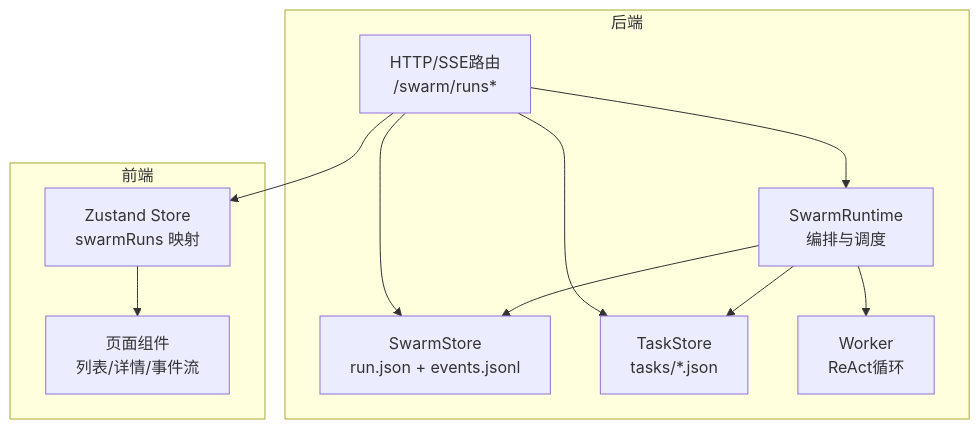
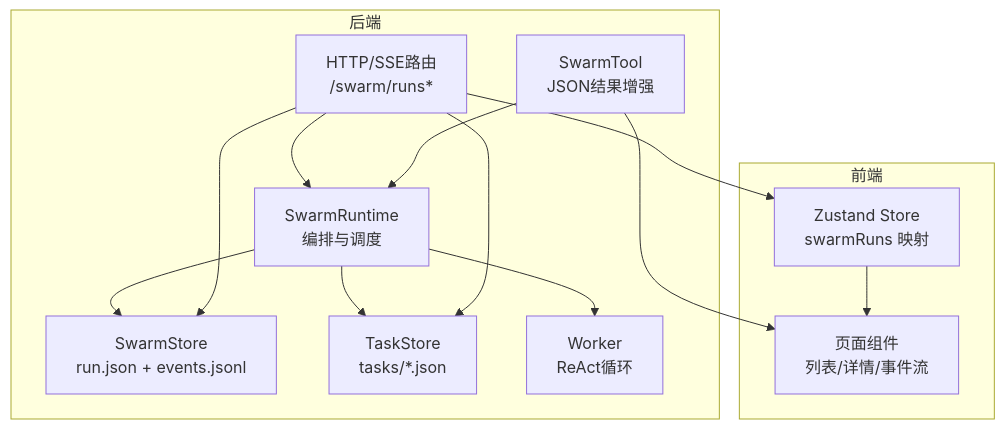
One commit to 20012002er/Vibe-Trading changed the first of 10 diagrams in .qoder/repowiki/zh/content/前端应用/页面功能/研究页面（Agent）/状态管理/Swarm运行状态管理.md. Above: the diagram before and after it, drawn with Mermaid. The commit also changed other lines of this file and 7 other files, not shown here.

````diff
--- a/.qoder/repowiki/zh/content/前端应用/页面功能/研究页面（Agent）/状态管理/Swarm运行状态管理.md
+++ b/.qoder/repowiki/zh/content/前端应用/页面功能/研究页面（Agent）/状态管理/Swarm运行状态管理.md
@@ -45,17 +56,19 @@
 ```mermaid
 graph TB
 subgraph "后端"
 A["SwarmRuntime<br/>编排与调度"] --> B["SwarmStore<br/>run.json + events.jsonl"]
 A --> C["TaskStore<br/>tasks/*.json"]
 A --> D["Worker<br/>ReAct循环"]
 E["HTTP/SSE路由<br/>/swarm/runs*"] --> A
 E --> B
 E --> C
+F["SwarmTool<br/>JSON结果增强"] --> A
 end
 subgraph "前端"
-F["Zustand Store<br/>swarmRuns 映射"]
-G["页面组件<br/>列表/详情/事件流"]
+G["Zustand Store<br/>swarmRuns 映射"]
+H["页面组件<br/>列表/详情/事件流"]
 end
-F --> G
-E --> F
+G --> H
+E --> G
+F --> H
 ```
````
